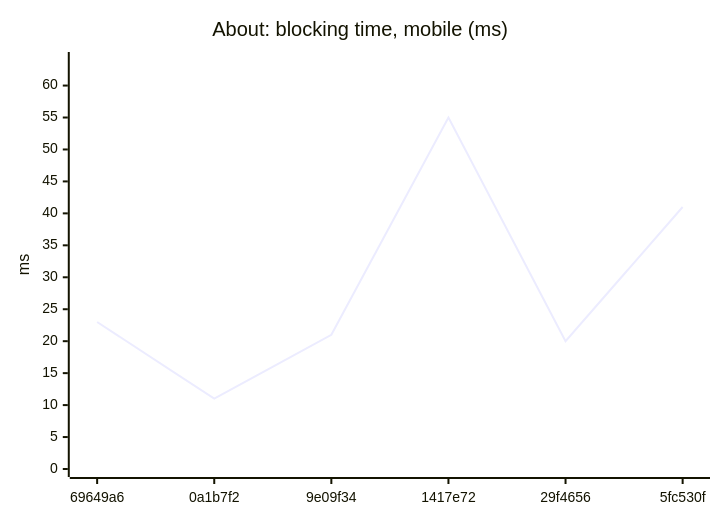
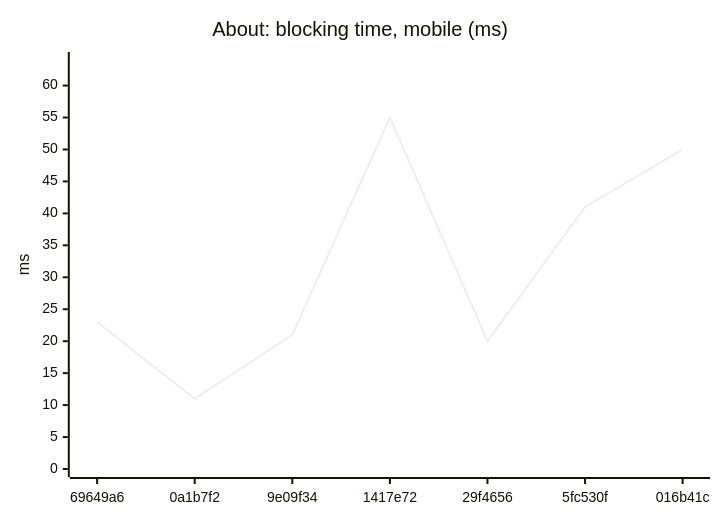
Before and after one commit to AxelUser/maltsev.space: the sixth of 18 diagrams in README.md, drawn with Mermaid. The commit also changed other lines of this file and 1 other file, not shown here.

````diff
--- a/README.md
+++ b/README.md
@@ -79,7 +79,7 @@
 ```mermaid
 xychart-beta
   title "About: blocking time, mobile (ms)"
-  x-axis ["69649a6", "0a1b7f2", "9e09f34", "1417e72", "29f4656", "5fc530f"]
+  x-axis ["69649a6", "0a1b7f2", "9e09f34", "1417e72", "29f4656", "5fc530f", "016b41c"]
   y-axis "ms" 0 --> 64
-  line [23, 11, 21, 55, 20, 41]
+  line [23, 11, 21, 55, 20, 41, 50]
 ```
````
